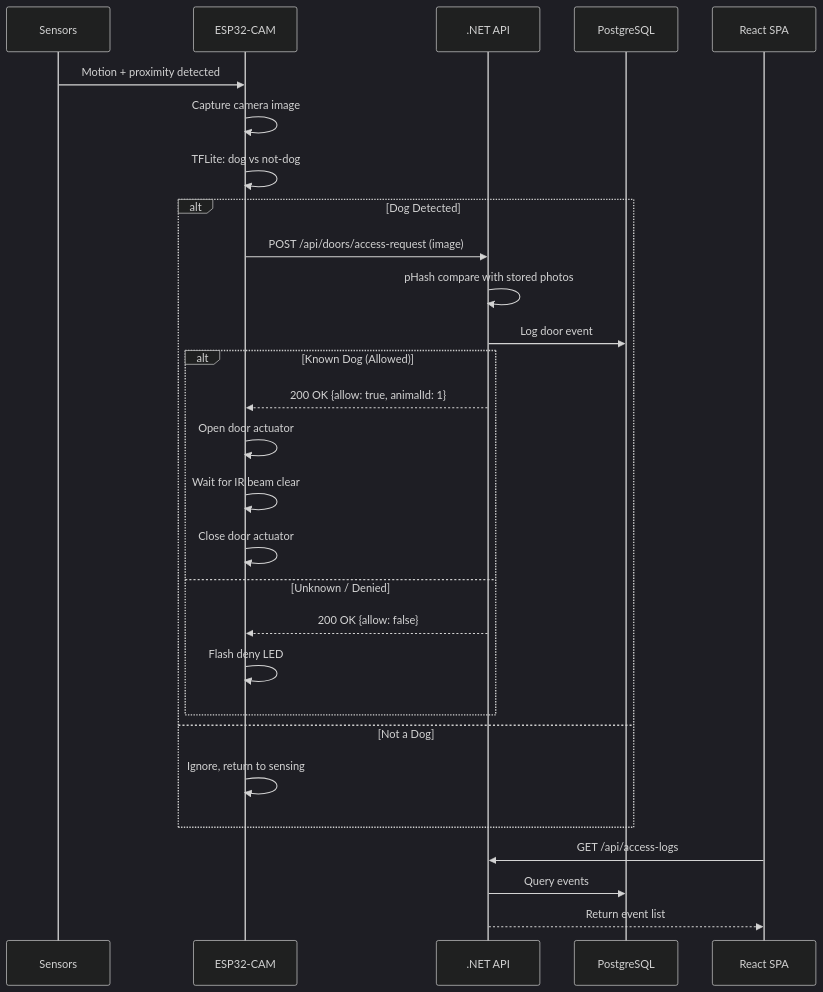
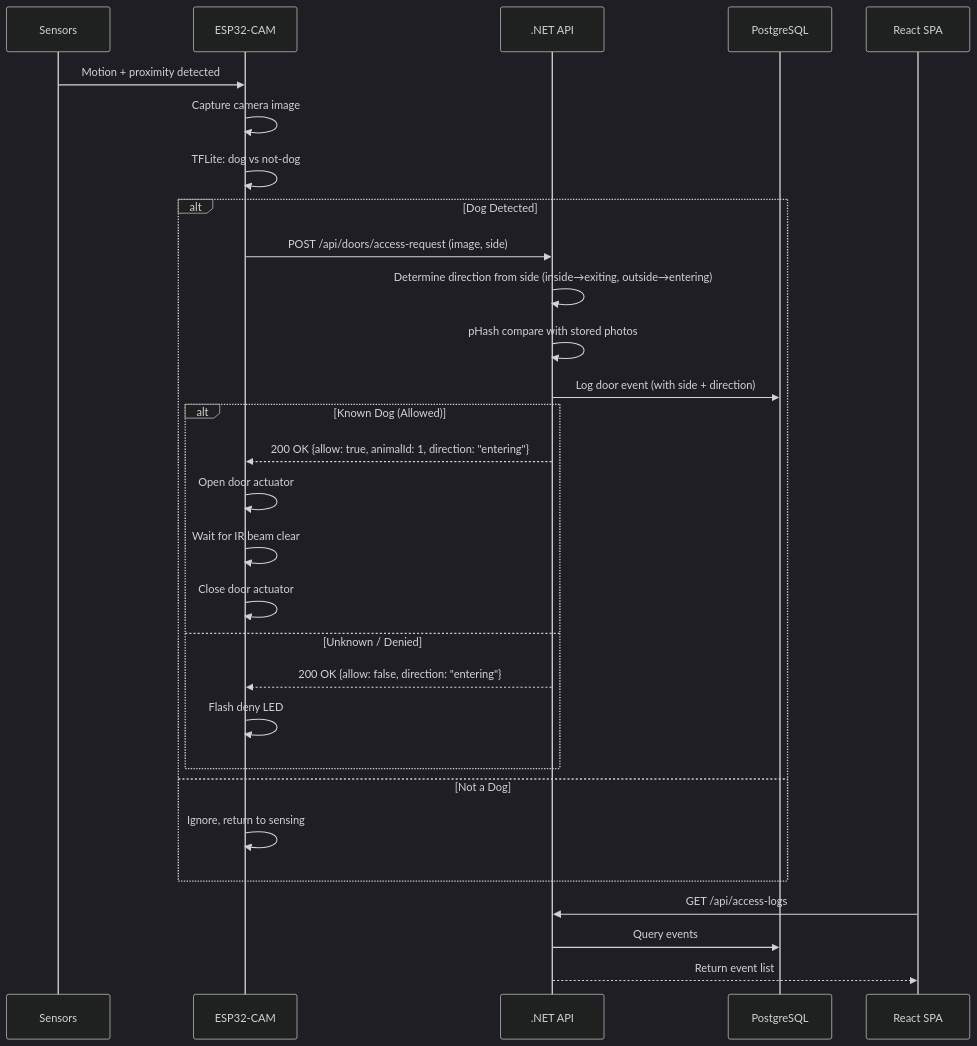
The second of 2 diagrams in docs/architecture.md (toddaheath/claude-arduino-dog-door), drawn with Mermaid (dark theme) before and after one commit. The commit also changed other lines of this file and 1 other file, not shown here.

First line of the commit message:
Add interactive architecture animation and update docs (#22)

````diff
--- a/docs/architecture.md
+++ b/docs/architecture.md
@@ -48,34 +50,35 @@
 ```mermaid
 sequenceDiagram
     participant S as Sensors
     participant ESP as ESP32-CAM
     participant API as .NET API
     participant DB as PostgreSQL
     participant SPA as React SPA
 
     S->>ESP: Motion + proximity detected
     ESP->>ESP: Capture camera image
     ESP->>ESP: TFLite: dog vs not-dog
 
     alt Dog Detected
-        ESP->>API: POST /api/doors/access-request (image)
+        ESP->>API: POST /api/doors/access-request (image, side)
+        API->>API: Determine direction from side (inside→exiting, outside→entering)
         API->>API: pHash compare with stored photos
-        API->>DB: Log door event
+        API->>DB: Log door event (with side + direction)
 
         alt Known Dog (Allowed)
-            API-->>ESP: 200 OK {allow: true, animalId: 1}
+            API-->>ESP: 200 OK {allow: true, animalId: 1, direction: "entering"}
             ESP->>ESP: Open door actuator
             ESP->>ESP: Wait for IR beam clear
             ESP->>ESP: Close door actuator
         else Unknown / Denied
-            API-->>ESP: 200 OK {allow: false}
+            API-->>ESP: 200 OK {allow: false, direction: "entering"}
             ESP->>ESP: Flash deny LED
         end
     else Not a Dog
         ESP->>ESP: Ignore, return to sensing
     end
 
     SPA->>API: GET /api/access-logs
     API->>DB: Query events
     API-->>SPA: Return event list
 ```
````
